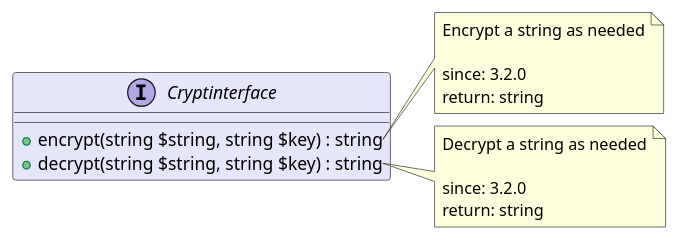
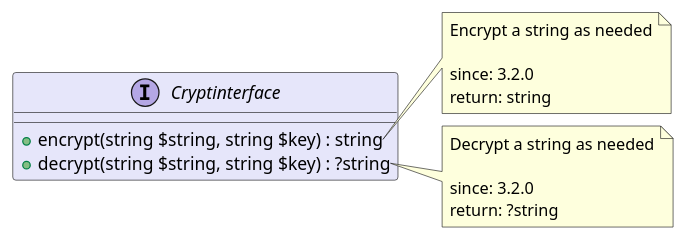
Before and after one commit to joomengine/jcb-compiler: the diagram in src/81de8f57-dd9c-4a17-964f-848cd4a0743b/README.md, drawn with PlantUML. The commit also changed 37 other files, not shown here.

````diff
--- a/src/81de8f57-dd9c-4a17-964f-848cd4a0743b/README.md
+++ b/src/81de8f57-dd9c-4a17-964f-848cd4a0743b/README.md
@@ -11,23 +11,23 @@
 ```uml
 @startuml
 interface Cryptinterface  #Lavender {
   + encrypt(string $string, string $key) : string
-  + decrypt(string $string, string $key) : string
+  + decrypt(string $string, string $key) : ?string
 }
 
 note right of Cryptinterface::encrypt
   Encrypt a string as needed
 
   since: 3.2.0
   return: string
 end note
 
 note right of Cryptinterface::decrypt
   Decrypt a string as needed
 
   since: 3.2.0
-  return: string
+  return: ?string
 end note
  
 @enduml
 ```
````
